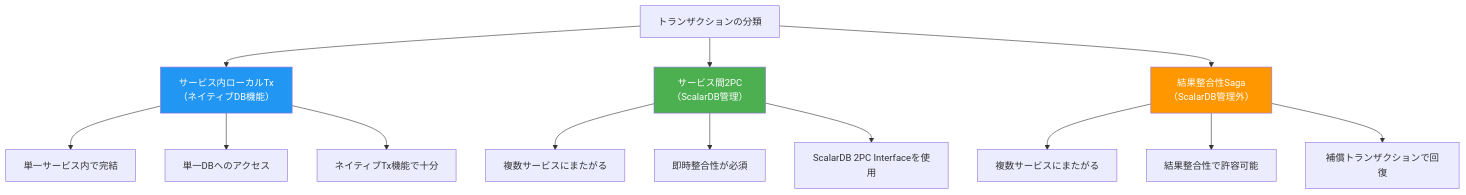
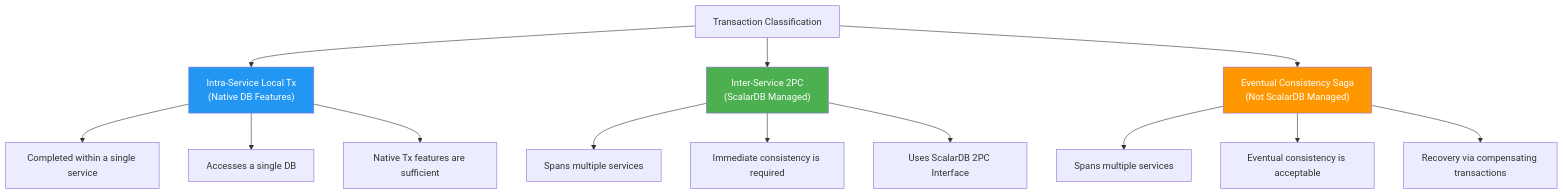
The first of 3 diagrams in workflow/greenfield/03_scalardb_scope_decision.md (wfukatsu/nexus-architect), drawn with Mermaid before and after one commit. The commit also changed other lines of this file and 6 other files, not shown here.

````diff
--- a/workflow/greenfield/03_scalardb_scope_decision.md
+++ b/workflow/greenfield/03_scalardb_scope_decision.md
@@ -36,22 +36,22 @@
 ```mermaid
 flowchart TD
-    TX[トランザクションの分類] --> LOCAL["サービス内ローカルTx<br/>（ネイティブDB機能）"]
-    TX --> TPC["サービス間2PC<br/>（ScalarDB管理）"]
-    TX --> SAGA["結果整合性Saga<br/>（ScalarDB管理外）"]
+    TX["Transaction Classification"] --> LOCAL["Intra-Service Local Tx<br/>(Native DB Features)"]
+    TX --> TPC["Inter-Service 2PC<br/>(ScalarDB Managed)"]
+    TX --> SAGA["Eventual Consistency Saga<br/>(Not ScalarDB Managed)"]
 
-    LOCAL --> L1["単一サービス内で完結"]
-    LOCAL --> L2["単一DBへのアクセス"]
-    LOCAL --> L3["ネイティブTx機能で十分"]
+    LOCAL --> L1["Completed within a single service"]
+    LOCAL --> L2["Accesses a single DB"]
+    LOCAL --> L3["Native Tx features are sufficient"]
 
-    TPC --> T1["複数サービスにまたがる"]
-    TPC --> T2["即時整合性が必須"]
-    TPC --> T3["ScalarDB 2PC Interfaceを使用"]
+    TPC --> T1["Spans multiple services"]
+    TPC --> T2["Immediate consistency is required"]
+    TPC --> T3["Uses ScalarDB 2PC Interface"]
 
-    SAGA --> S1["複数サービスにまたがる"]
-    SAGA --> S2["結果整合性で許容可能"]
-    SAGA --> S3["補償トランザクションで回復"]
+    SAGA --> S1["Spans multiple services"]
+    SAGA --> S2["Eventual consistency is acceptable"]
+    SAGA --> S3["Recovery via compensating transactions"]
 
     style LOCAL fill:#2196F3,color:#fff
     style TPC fill:#4CAF50,color:#fff
     style SAGA fill:#FF9800,color:#fff
 ```
````
